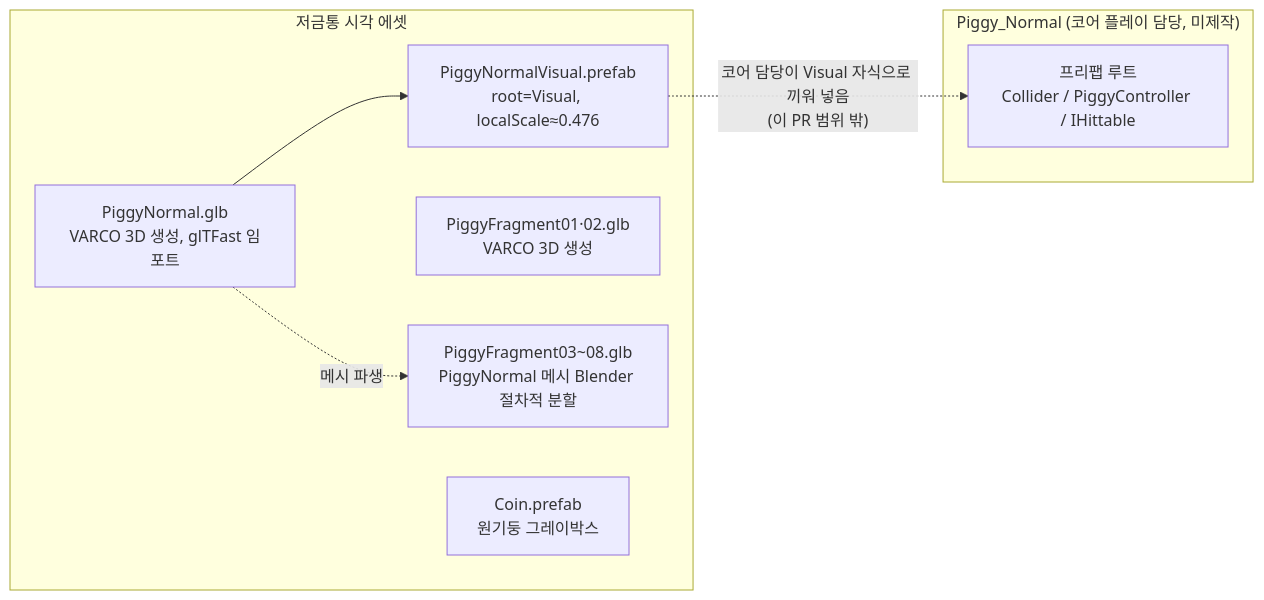
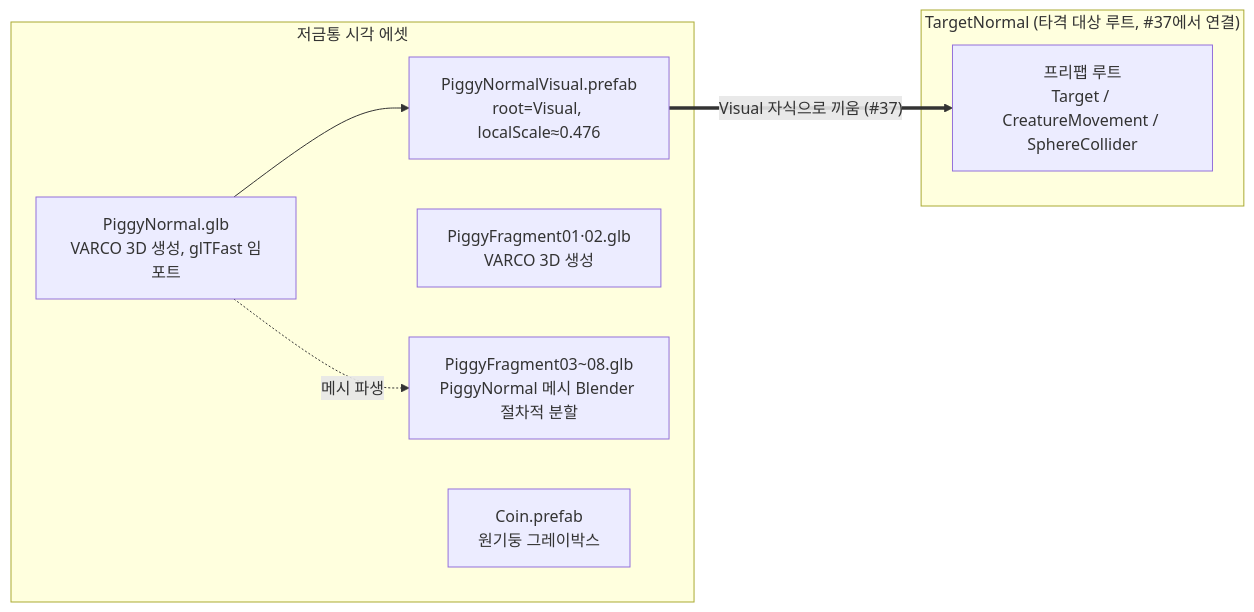
The diagram in docs/TECH_NOTES/piggy-normal-asset.md (KDNA-Gwangju-1/NCAIClicker), drawn with Mermaid before and after one commit. The commit also changed other lines of this file and 2 other files, not shown here.

````diff
--- a/docs/TECH_NOTES/piggy-normal-asset.md
+++ b/docs/TECH_NOTES/piggy-normal-asset.md
@@ -39,16 +42,16 @@
 ```mermaid
 flowchart LR
   subgraph Asset["저금통 시각 에셋"]
     glb["PiggyNormal.glb<br/>VARCO 3D 생성, glTFast 임포트"]
     visual["PiggyNormalVisual.prefab<br/>root=Visual, localScale≈0.476"]
     frag12["PiggyFragment01·02.glb<br/>VARCO 3D 생성"]
     frag38["PiggyFragment03~08.glb<br/>PiggyNormal 메시 Blender 절차적 분할"]
     coin["Coin.prefab<br/>원기둥 그레이박스"]
     glb --> visual
     glb -. "메시 파생" .-> frag38
   end
-  subgraph Core["Piggy_Normal (코어 플레이 담당, 미제작)"]
-    root["프리팹 루트<br/>Collider / PiggyController / IHittable"]
+  subgraph Core["TargetNormal (타격 대상 루트, #37에서 연결)"]
+    root["프리팹 루트<br/>Target / CreatureMovement / SphereCollider"]
   end
-  visual -. "코어 담당이 Visual 자식으로 끼워 넣음<br/>(이 PR 범위 밖)" .-> root
+  visual == "Visual 자식으로 끼움 (#37)" ==> root
 ```
````
